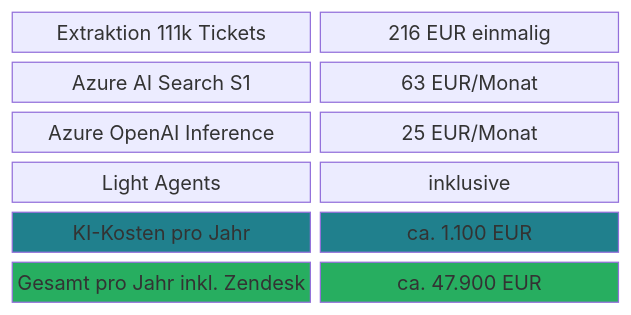
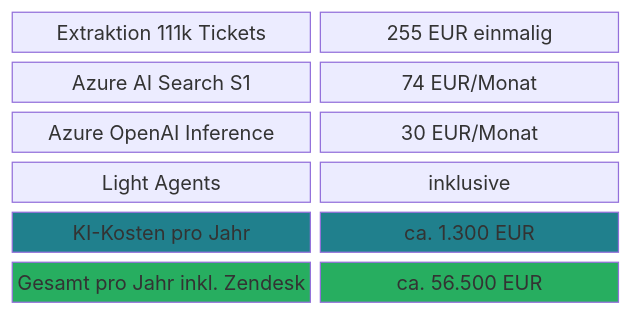
One commit to tekknix/zendesk-ai changed the fourth of 11 diagrams in readme.md. Above: the diagram before and after it, drawn with Mermaid. The commit also changed other lines of this file, not shown here.

````diff
--- a/readme.md
+++ b/readme.md
@@ -86,15 +86,15 @@
 ```mermaid
 block-beta
     columns 2
-    A["Extraktion 111k Tickets"]:1 B["216 EUR einmalig"]:1
-    C["Azure AI Search S1"]:1 D["63 EUR/Monat"]:1
-    E["Azure OpenAI Inference"]:1 F["25 EUR/Monat"]:1
+    A["Extraktion 111k Tickets"]:1 B["255 EUR einmalig"]:1
+    C["Azure AI Search S1"]:1 D["74 EUR/Monat"]:1
+    E["Azure OpenAI Inference"]:1 F["30 EUR/Monat"]:1
     G["Light Agents"]:1 H["inklusive"]:1
-    I["KI-Kosten pro Jahr"]:1 J["ca. 1.100 EUR"]:1
-    K["Gesamt pro Jahr inkl. Zendesk"]:1 L["ca. 47.900 EUR"]:1
+    I["KI-Kosten pro Jahr"]:1 J["ca. 1.300 EUR"]:1
+    K["Gesamt pro Jahr inkl. Zendesk"]:1 L["ca. 56.500 EUR"]:1
 
     style I fill:#20808D,color:#fff
     style J fill:#20808D,color:#fff
     style K fill:#27AE60,color:#fff
     style L fill:#27AE60,color:#fff
 ```
````
